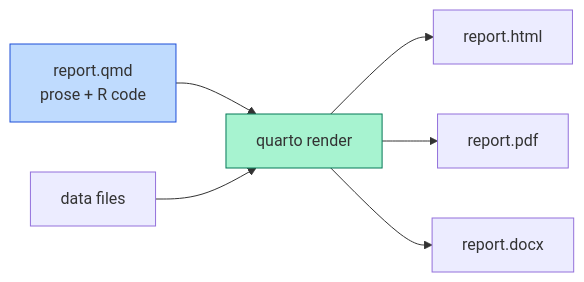
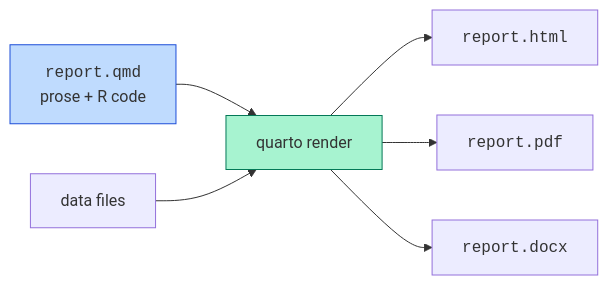
Before and after one commit to dataslope/dataslope: the second of 3 diagrams in content/learn/practical-r-for-beginners/reproducible-analysis.mdx, drawn with Mermaid. The commit also changed 218 other files, not shown here.

First line of the commit message:
Render code-only mermaid shapes in monospace; convert step sequences to Steps (#467)

````diff
--- a/content/learn/practical-r-for-beginners/reproducible-analysis.mdx
+++ b/content/learn/practical-r-for-beginners/reproducible-analysis.mdx
@@ -164,10 +164,10 @@
 ```mermaid
 flowchart LR
-  Doc[report.qmd<br/>prose + R code] --> Render[quarto render]
+  Doc["<code>report.qmd</code><br/>prose + R code"] --> Render[quarto render]
   Data[data files] --> Render
-  Render --> HTML[report.html]
-  Render --> PDF[report.pdf]
-  Render --> Word[report.docx]
+  Render --> HTML["<code>report.html</code>"]
+  Render --> PDF["<code>report.pdf</code>"]
+  Render --> Word["<code>report.docx</code>"]
   style Doc fill:#bfdbfe,stroke:#1d4ed8
   style Render fill:#a7f3d0,stroke:#047857
 ```
````
